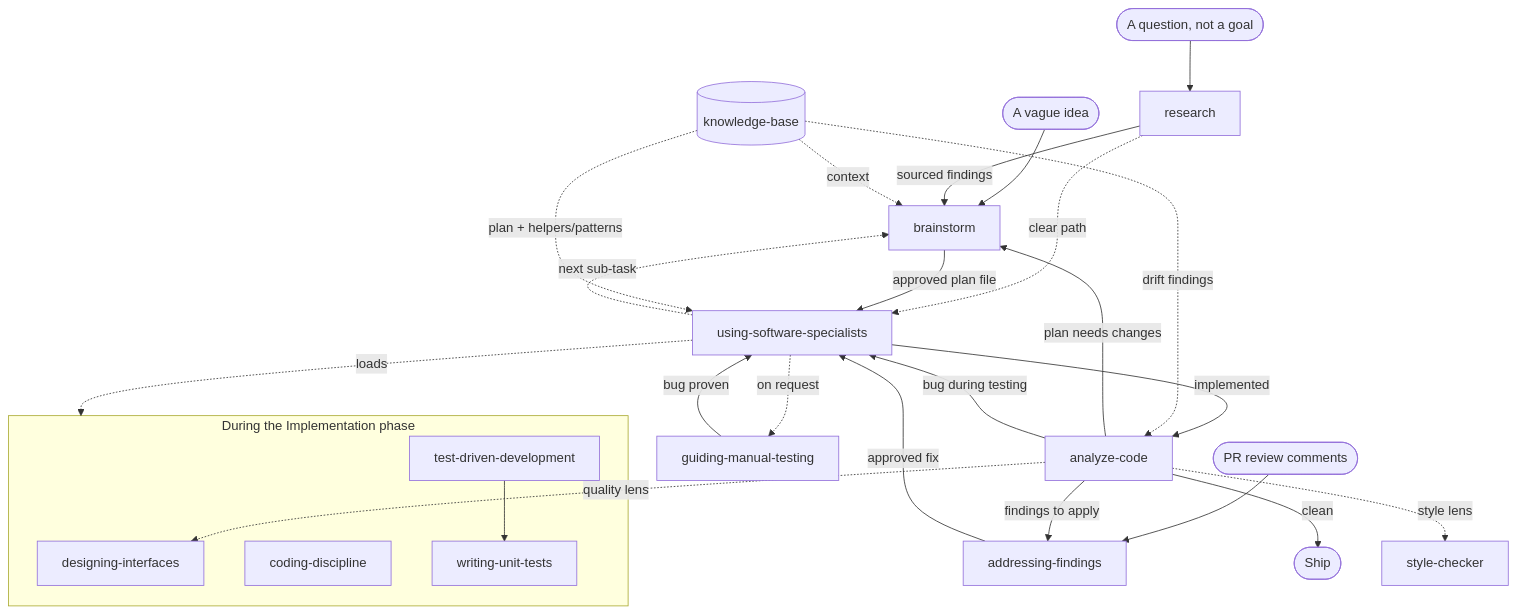
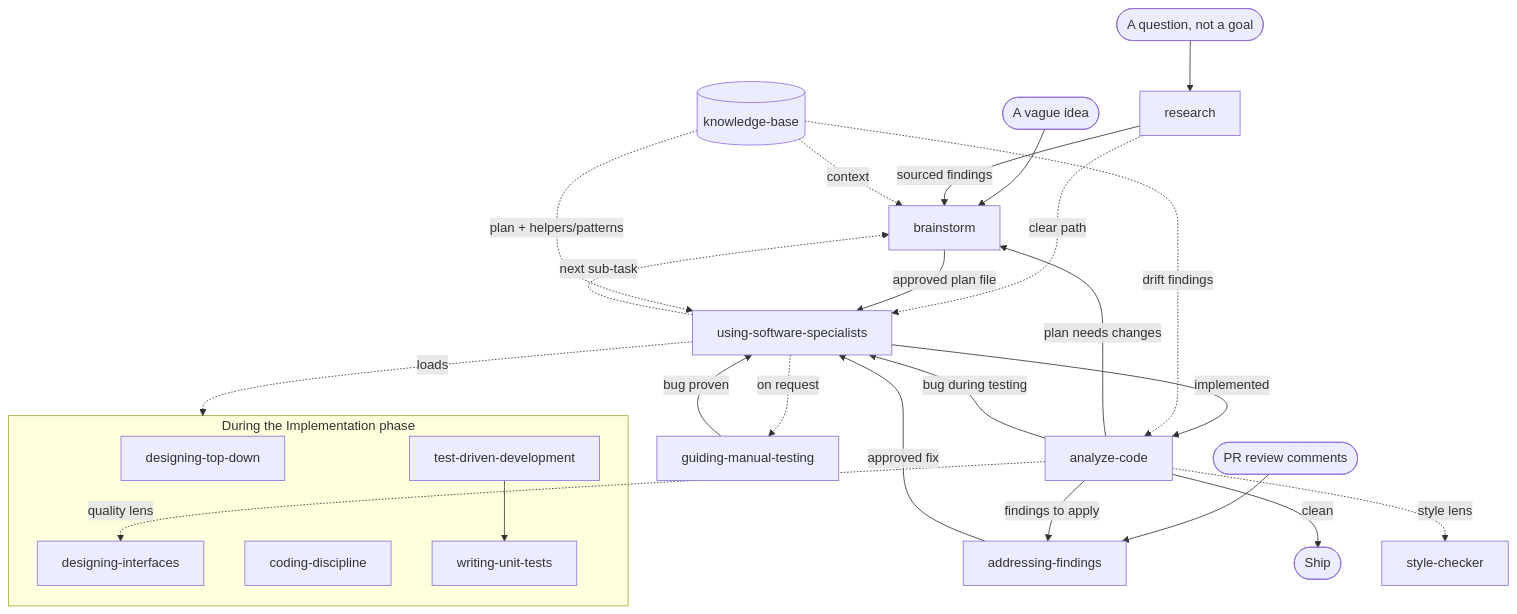
The diagram in README.md (jjmrocha/coding-skills), drawn with Mermaid before and after one commit. The commit also changed other lines of this file and 3 other files, not shown here.

Commit message:
Add designing-top-down skill: establish top-down coding order and guidelines

````diff
--- a/README.md
+++ b/README.md
@@ -138,36 +139,37 @@
 ```mermaid
 flowchart TD
     Q([A question, not a goal]) --> RS[research]
     Idea([A vague idea]) --> BS[brainstorm]
     PR([PR review comments]) --> AF[addressing-findings]
 
     RS -->|sourced findings| BS
     RS -.->|clear path| USS
 
     BS -->|approved plan file| USS[using-software-specialists]
     USS -.->|next sub-task| BS
     USS -->|implemented| AC[analyze-code]
 
     AC -->|findings to apply| AF
     AF -->|approved fix| USS
     AC -->|plan needs changes| BS
     AC -->|bug during testing| USS
     AC -->|clean| Ship([Ship])
 
     USS -.->|on request| GT[guiding-manual-testing]
     GT -->|bug proven| USS
 
     subgraph during [During the Implementation phase]
+        DTD[designing-top-down]
         DI[designing-interfaces]
         CD[coding-discipline]
         TDD[test-driven-development] --> WUT[writing-unit-tests]
     end
     USS -.loads.-> during
 
     KB[(knowledge-base)] -.->|context| BS
     KB -.->|plan + helpers/patterns| USS
     KB -.->|drift findings| AC
 
     AC -.->|style lens| SC[style-checker]
     AC -.->|quality lens| DI
 ```
````
